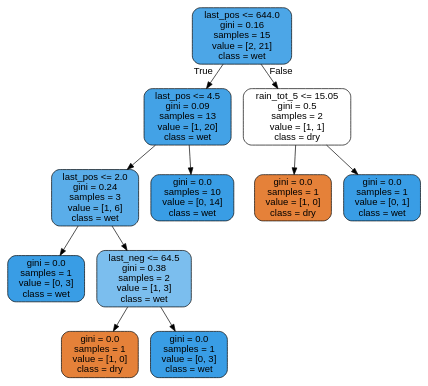
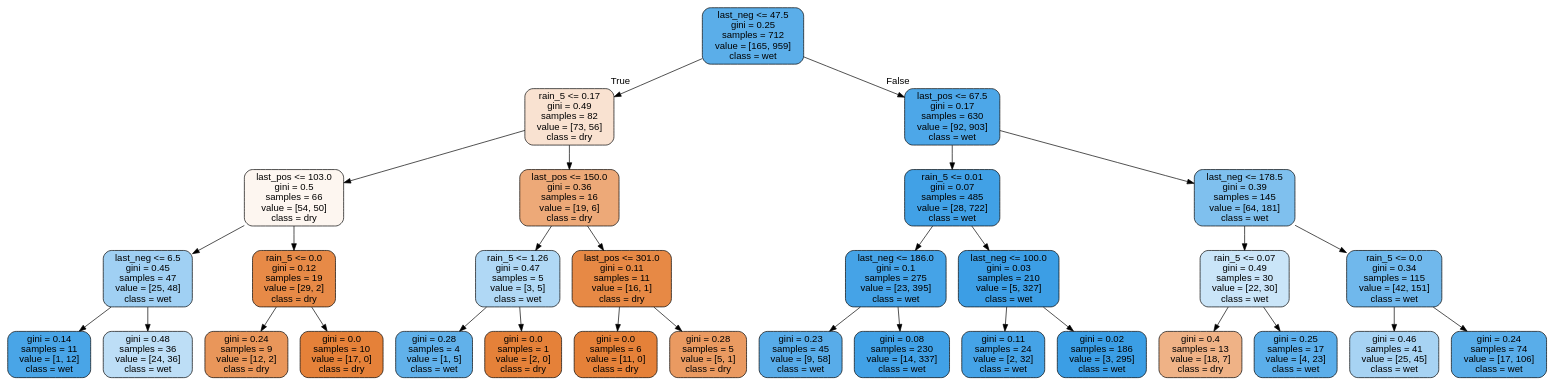
The diagram in tree.dot (ishmandoo/trickle-tracker), drawn with Graphviz before and after one commit. The commit also changed 10 other files, not shown here.

```diff
--- a/tree.dot
+++ b/tree.dot
@@ -1,25 +1,65 @@
 digraph Tree {
 node [shape=box, style="filled, rounded", color="black", fontname=helvetica] ;
 edge [fontname=helvetica] ;
-0 [label="last_pos <= 644.0\ngini = 0.16\nsamples = 15\nvalue = [2, 21]\nclass = wet", fillcolor="#4ca6e7"] ;
-1 [label="last_pos <= 4.5\ngini = 0.09\nsamples = 13\nvalue = [1, 20]\nclass = wet", fillcolor="#43a2e6"] ;
+0 [label="last_neg <= 47.5\ngini = 0.25\nsamples = 712\nvalue = [165, 959]\nclass = wet", fillcolor="#5baee9"] ;
+1 [label="rain_5 <= 0.17\ngini = 0.49\nsamples = 82\nvalue = [73, 56]\nclass = dry", fillcolor="#f9e2d1"] ;
 0 -> 1 [labeldistance=2.5, labelangle=45, headlabel="True"] ;
-2 [label="last_pos <= 2.0\ngini = 0.24\nsamples = 3\nvalue = [1, 6]\nclass = wet", fillcolor="#5aade9"] ;
+2 [label="last_pos <= 103.0\ngini = 0.5\nsamples = 66\nvalue = [54, 50]\nclass = dry", fillcolor="#fdf6f0"] ;
 1 -> 2 ;
-3 [label="gini = 0.0\nsamples = 1\nvalue = [0, 3]\nclass = wet", fillcolor="#399de5"] ;
+3 [label="last_neg <= 6.5\ngini = 0.45\nsamples = 47\nvalue = [25, 48]\nclass = wet", fillcolor="#a0d0f3"] ;
 2 -> 3 ;
-4 [label="last_neg <= 64.5\ngini = 0.38\nsamples = 2\nvalue = [1, 3]\nclass = wet", fillcolor="#7bbeee"] ;
-2 -> 4 ;
-5 [label="gini = 0.0\nsamples = 1\nvalue = [1, 0]\nclass = dry", fillcolor="#e58139"] ;
-4 -> 5 ;
-6 [label="gini = 0.0\nsamples = 1\nvalue = [0, 3]\nclass = wet", fillcolor="#399de5"] ;
-4 -> 6 ;
-7 [label="gini = 0.0\nsamples = 10\nvalue = [0, 14]\nclass = wet", fillcolor="#399de5"] ;
-1 -> 7 ;
-8 [label="rain_tot_5 <= 15.05\ngini = 0.5\nsamples = 2\nvalue = [1, 1]\nclass = dry", fillcolor="#ffffff"] ;
-0 -> 8 [labeldistance=2.5, labelangle=-45, headlabel="False"] ;
-9 [label="gini = 0.0\nsamples = 1\nvalue = [1, 0]\nclass = dry", fillcolor="#e58139"] ;
-8 -> 9 ;
-10 [label="gini = 0.0\nsamples = 1\nvalue = [0, 1]\nclass = wet", fillcolor="#399de5"] ;
-8 -> 10 ;
+4 [label="gini = 0.14\nsamples = 11\nvalue = [1, 12]\nclass = wet", fillcolor="#49a5e7"] ;
+3 -> 4 ;
+5 [label="gini = 0.48\nsamples = 36\nvalue = [24, 36]\nclass = wet", fillcolor="#bddef6"] ;
+3 -> 5 ;
+6 [label="rain_5 <= 0.0\ngini = 0.12\nsamples = 19\nvalue = [29, 2]\nclass = dry", fillcolor="#e78a47"] ;
+2 -> 6 ;
+7 [label="gini = 0.24\nsamples = 9\nvalue = [12, 2]\nclass = dry", fillcolor="#e9965a"] ;
+6 -> 7 ;
+8 [label="gini = 0.0\nsamples = 10\nvalue = [17, 0]\nclass = dry", fillcolor="#e58139"] ;
+6 -> 8 ;
+9 [label="last_pos <= 150.0\ngini = 0.36\nsamples = 16\nvalue = [19, 6]\nclass = dry", fillcolor="#eda978"] ;
+1 -> 9 ;
+10 [label="rain_5 <= 1.26\ngini = 0.47\nsamples = 5\nvalue = [3, 5]\nclass = wet", fillcolor="#b0d8f5"] ;
+9 -> 10 ;
+11 [label="gini = 0.28\nsamples = 4\nvalue = [1, 5]\nclass = wet", fillcolor="#61b1ea"] ;
+10 -> 11 ;
+12 [label="gini = 0.0\nsamples = 1\nvalue = [2, 0]\nclass = dry", fillcolor="#e58139"] ;
+10 -> 12 ;
+13 [label="last_pos <= 301.0\ngini = 0.11\nsamples = 11\nvalue = [16, 1]\nclass = dry", fillcolor="#e78945"] ;
+9 -> 13 ;
+14 [label="gini = 0.0\nsamples = 6\nvalue = [11, 0]\nclass = dry", fillcolor="#e58139"] ;
+13 -> 14 ;
+15 [label="gini = 0.28\nsamples = 5\nvalue = [5, 1]\nclass = dry", fillcolor="#ea9a61"] ;
+13 -> 15 ;
+16 [label="last_pos <= 67.5\ngini = 0.17\nsamples = 630\nvalue = [92, 903]\nclass = wet", fillcolor="#4da7e8"] ;
+0 -> 16 [labeldistance=2.5, labelangle=-45, headlabel="False"] ;
+17 [label="rain_5 <= 0.01\ngini = 0.07\nsamples = 485\nvalue = [28, 722]\nclass = wet", fillcolor="#41a1e6"] ;
+16 -> 17 ;
+18 [label="last_neg <= 186.0\ngini = 0.1\nsamples = 275\nvalue = [23, 395]\nclass = wet", fillcolor="#45a3e7"] ;
+17 -> 18 ;
+19 [label="gini = 0.23\nsamples = 45\nvalue = [9, 58]\nclass = wet", fillcolor="#58ace9"] ;
+18 -> 19 ;
+20 [label="gini = 0.08\nsamples = 230\nvalue = [14, 337]\nclass = wet", fillcolor="#41a1e6"] ;
+18 -> 20 ;
+21 [label="last_neg <= 100.0\ngini = 0.03\nsamples = 210\nvalue = [5, 327]\nclass = wet", fillcolor="#3c9ee5"] ;
+17 -> 21 ;
+22 [label="gini = 0.11\nsamples = 24\nvalue = [2, 32]\nclass = wet", fillcolor="#45a3e7"] ;
+21 -> 22 ;
+23 [label="gini = 0.02\nsamples = 186\nvalue = [3, 295]\nclass = wet", fillcolor="#3b9ee5"] ;
+21 -> 23 ;
+24 [label="last_neg <= 178.5\ngini = 0.39\nsamples = 145\nvalue = [64, 181]\nclass = wet", fillcolor="#7fc0ee"] ;
+16 -> 24 ;
+25 [label="rain_5 <= 0.07\ngini = 0.49\nsamples = 30\nvalue = [22, 30]\nclass = wet", fillcolor="#cae5f8"] ;
+24 -> 25 ;
+26 [label="gini = 0.4\nsamples = 13\nvalue = [18, 7]\nclass = dry", fillcolor="#efb286"] ;
+25 -> 26 ;
+27 [label="gini = 0.25\nsamples = 17\nvalue = [4, 23]\nclass = wet", fillcolor="#5baeea"] ;
+25 -> 27 ;
+28 [label="rain_5 <= 0.0\ngini = 0.34\nsamples = 115\nvalue = [42, 151]\nclass = wet", fillcolor="#70b8ec"] ;
+24 -> 28 ;
+29 [label="gini = 0.46\nsamples = 41\nvalue = [25, 45]\nclass = wet", fillcolor="#a7d3f3"] ;
+28 -> 29 ;
+30 [label="gini = 0.24\nsamples = 74\nvalue = [17, 106]\nclass = wet", fillcolor="#59ade9"] ;
+28 -> 30 ;
 }
```
